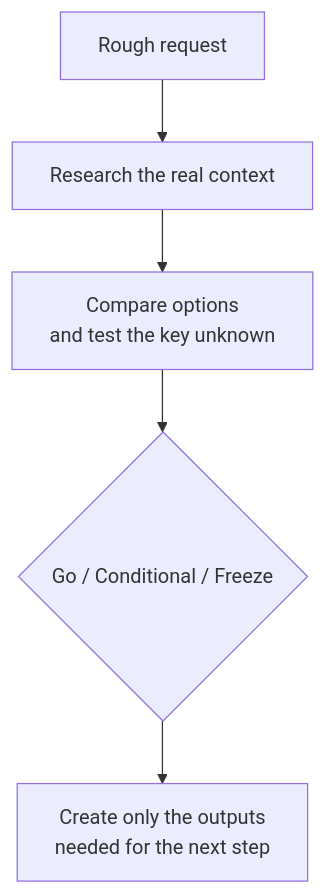
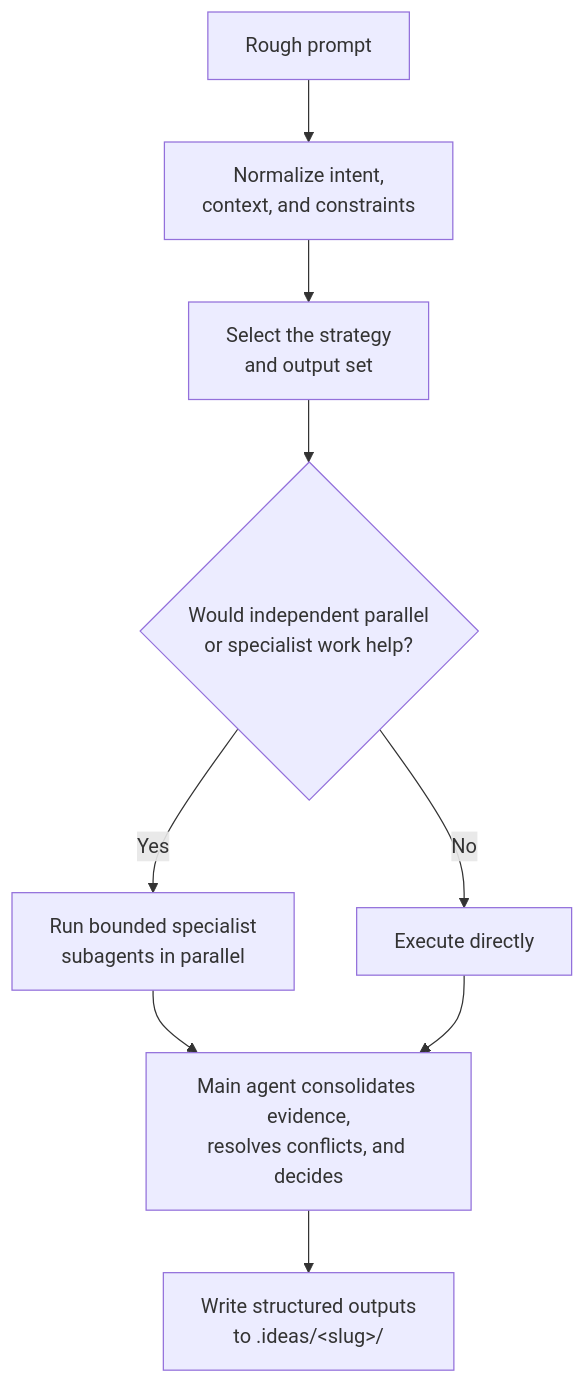
The diagram in README.md (uginy/conceptops), drawn with Mermaid before and after one commit. The commit also changed other lines of this file, not shown here.

Commit message:
docs: highlight multi-agent workflow

````diff
--- a/README.md
+++ b/README.md
@@ -72,7 +72,11 @@
 ```mermaid
 flowchart TD
-    A["Rough request"] --> B["Research the real context"]
-    B --> C["Compare options<br/>and test the key unknown"]
-    C --> D{"Go / Conditional / Freeze"}
-    D --> E["Create only the outputs<br/>needed for the next step"]
+    A["Rough prompt"] --> B["Normalize intent,<br/>context, and constraints"]
+    B --> C["Select the strategy<br/>and output set"]
+    C --> D{Would independent parallel<br/>or specialist work help?}
+    D -->|Yes| E["Run bounded specialist<br/>subagents in parallel"]
+    D -->|No| F["Execute directly"]
+    E --> G["Main agent consolidates evidence,<br/>resolves conflicts, and decides"]
+    F --> G
+    G --> H["Write structured outputs<br/>to .ideas/&lt;slug&gt;/"]
 ```
````
